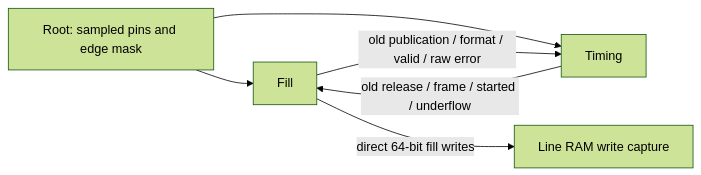
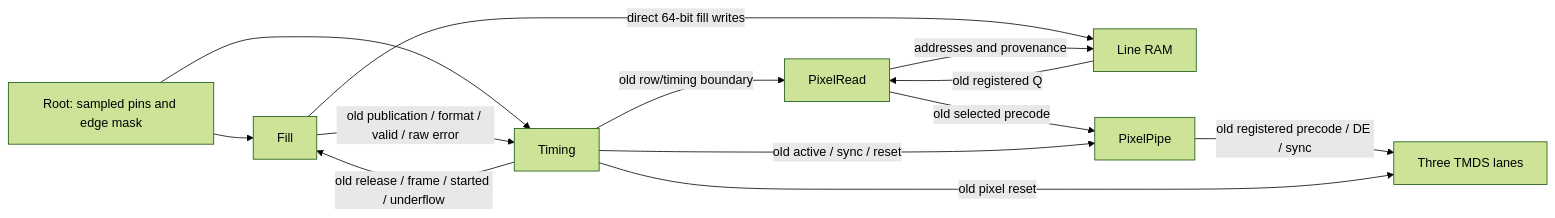
One commit to misdake/DigitalDesign changed the diagram in systems/cpu-v3-tang-nano-20k/docs/display-cycle.md. Above: the diagram before and after it, drawn with Mermaid (forest theme). The commit also changed other lines of this file and 14 other files, not shown here.

Commit message:
[system] Model display pixel and TMDS pipeline cycles

````diff
--- a/systems/cpu-v3-tang-nano-20k/docs/display-cycle.md
+++ b/systems/cpu-v3-tang-nano-20k/docs/display-cycle.md
@@ -122,8 +122,15 @@
 ```mermaid
 flowchart LR
   R["Root: sampled pins and edge mask"] --> F["Fill"]
   R --> P["Timing"]
   F -->|"old publication / format / valid / raw error"| P
   P -->|"old release / frame / started / underflow"| F
-  F -->|"direct 64-bit fill writes"| B["Line RAM write capture"]
+  F -->|"direct 64-bit fill writes"| B["Line RAM"]
+  P -->|"old row/timing boundary"| C["PixelRead"]
+  C -->|"addresses and provenance"| B
+  B -->|"old registered Q"| C
+  C -->|"old selected precode"| V["PixelPipe"]
+  P -->|"old active / sync / reset"| V
+  V -->|"old registered precode / DE / sync"| E["Three TMDS lanes"]
+  P -->|"old pixel reset"| E
 ```
````
